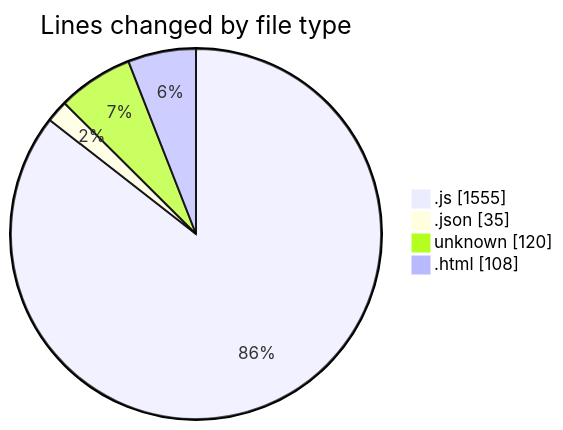
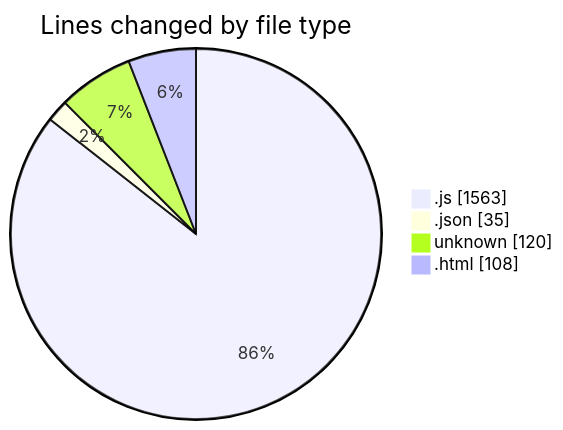
One commit to becaeroporto-bot/code-tracking changed the first of 2 diagrams in 2026-02-20/bot_i_a/README.md. Above: the diagram before and after it, drawn with Mermaid. The commit also changed other lines of this file and 1 other file, not shown here.

````diff
--- a/2026-02-20/bot_i_a/README.md
+++ b/2026-02-20/bot_i_a/README.md
@@ -39,8 +39,8 @@
 ```mermaid
 pie showData
 title Lines changed by file type
-".js" : 1555
+".js" : 1563
 ".json" : 35
 "unknown" : 120
 ".html" : 108
 ```
````
